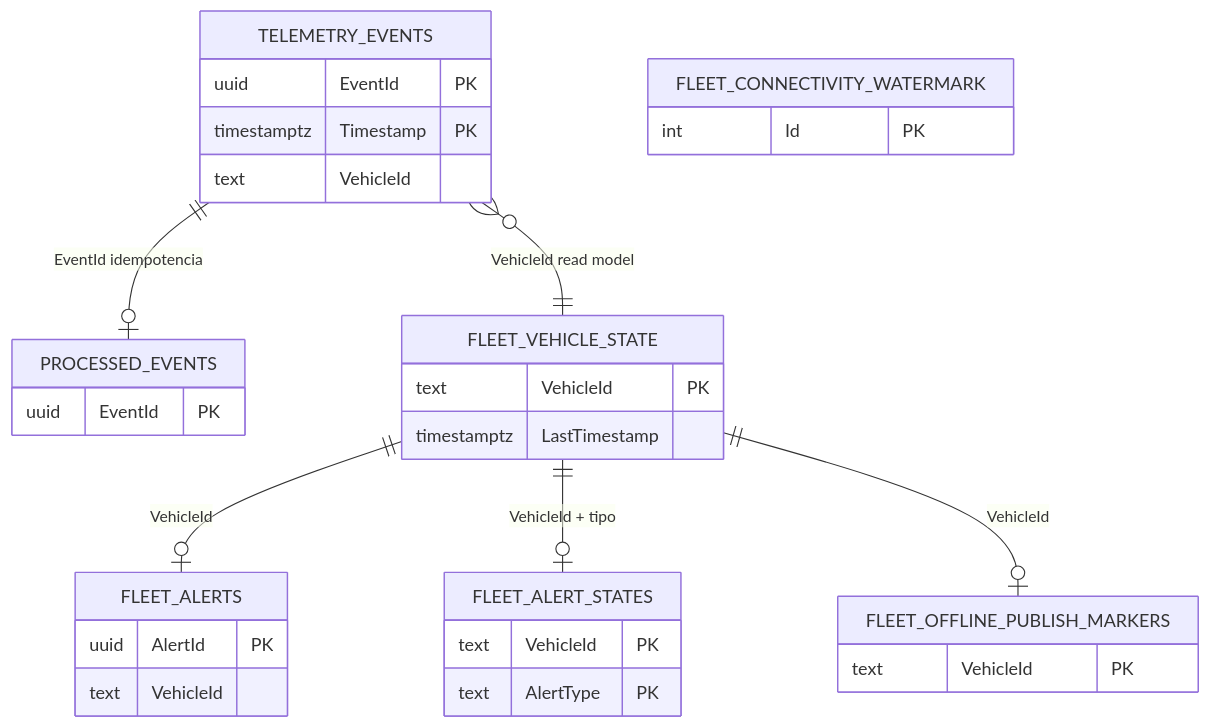
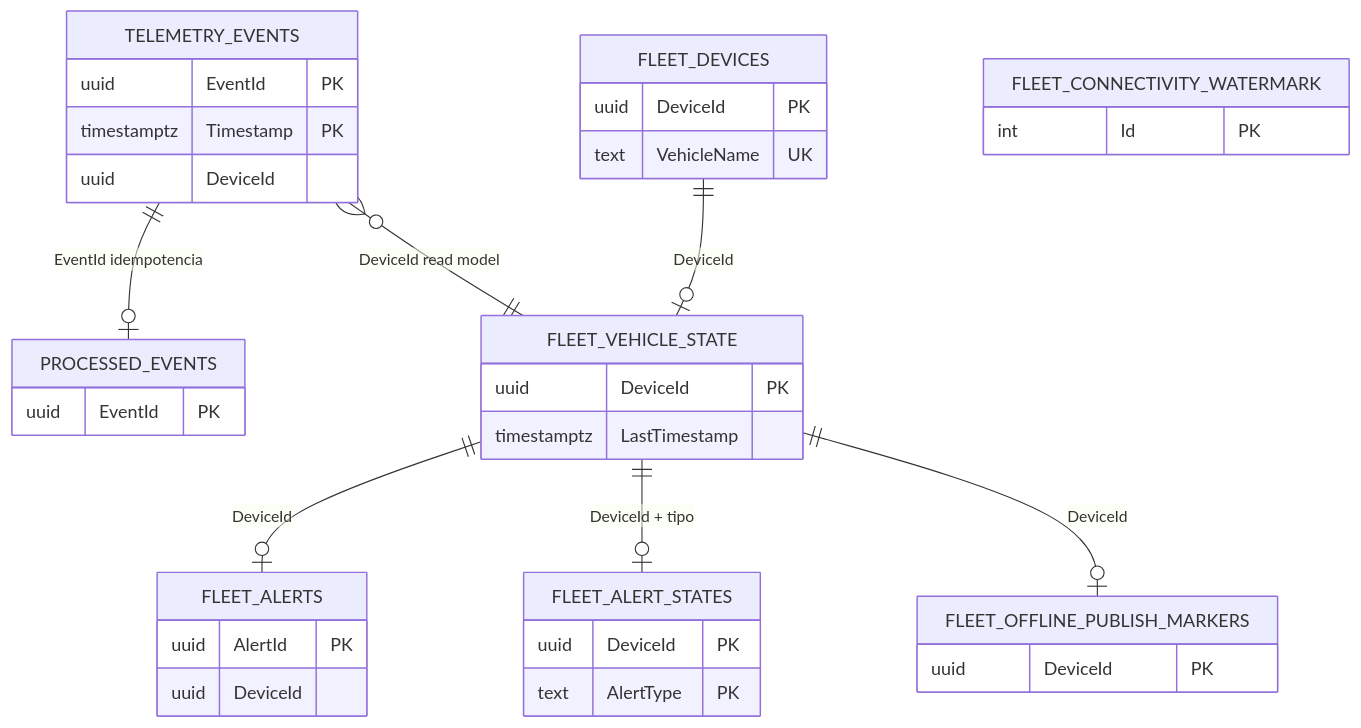
Before and after one commit to AlejoLobo/fleet-telemetry-platform: the sixth of 6 diagrams in README.md, drawn with Mermaid. The commit also changed other lines of this file and 2 other files, not shown here.

Commit message:
docs: alinear identidad DeviceId en README y contratos
Actualizar modelo de datos, ejemplos de ingesta y Kafka/API a DeviceId
más VehicleName editable, sin usar VH-### como clave técnica.

````diff
--- a/README.md
+++ b/README.md
@@ -220,34 +221,39 @@
 ```mermaid
 erDiagram
+  FLEET_DEVICES {
+    uuid DeviceId PK
+    text VehicleName UK
+  }
   TELEMETRY_EVENTS {
     uuid EventId PK
     timestamptz Timestamp PK
-    text VehicleId
+    uuid DeviceId
   }
   PROCESSED_EVENTS {
     uuid EventId PK
   }
   FLEET_ALERTS {
     uuid AlertId PK
-    text VehicleId
+    uuid DeviceId
   }
   FLEET_ALERT_STATES {
-    text VehicleId PK
+    uuid DeviceId PK
     text AlertType PK
   }
   FLEET_VEHICLE_STATE {
-    text VehicleId PK
+    uuid DeviceId PK
     timestamptz LastTimestamp
   }
   FLEET_CONNECTIVITY_WATERMARK {
     int Id PK
   }
   FLEET_OFFLINE_PUBLISH_MARKERS {
-    text VehicleId PK
+    uuid DeviceId PK
   }
+  FLEET_DEVICES ||--o| FLEET_VEHICLE_STATE : "DeviceId"
   TELEMETRY_EVENTS ||--o| PROCESSED_EVENTS : "EventId idempotencia"
-  TELEMETRY_EVENTS }o--|| FLEET_VEHICLE_STATE : "VehicleId read model"
-  FLEET_VEHICLE_STATE ||--o| FLEET_ALERTS : "VehicleId"
-  FLEET_VEHICLE_STATE ||--o| FLEET_ALERT_STATES : "VehicleId + tipo"
-  FLEET_VEHICLE_STATE ||--o| FLEET_OFFLINE_PUBLISH_MARKERS : "VehicleId"
+  TELEMETRY_EVENTS }o--|| FLEET_VEHICLE_STATE : "DeviceId read model"
+  FLEET_VEHICLE_STATE ||--o| FLEET_ALERTS : "DeviceId"
+  FLEET_VEHICLE_STATE ||--o| FLEET_ALERT_STATES : "DeviceId + tipo"
+  FLEET_VEHICLE_STATE ||--o| FLEET_OFFLINE_PUBLISH_MARKERS : "DeviceId"
 ```
````
